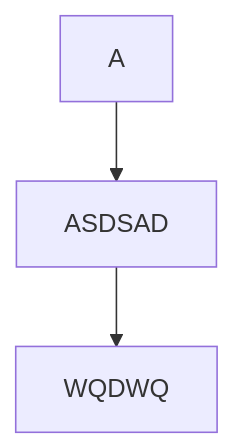
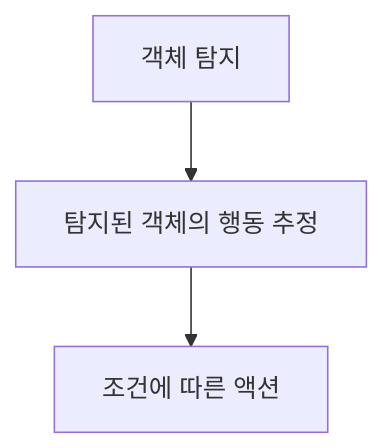
One commit to K-DRAGON-FORCE/The-first changed the diagram in Project readme.md. Above: the diagram before and after it, drawn with Mermaid.

Commit message:
Update Project readme.md

````diff
--- a/Project readme.md
+++ b/Project readme.md
@@ -9,5 +9,6 @@
 ```mermaid
 flowchart TD
-  A --> B[ASDSAD]
-B[ASDSAD] --> C[WQDWQ]
+  A[객체 탐지] --> B[탐지된 객체의 행동 추정]
+  B[탐지된 객체의 행동 추정] --> C[조건에 따른 액션]
+  C[조건에 따른 액션]
 ```
````
